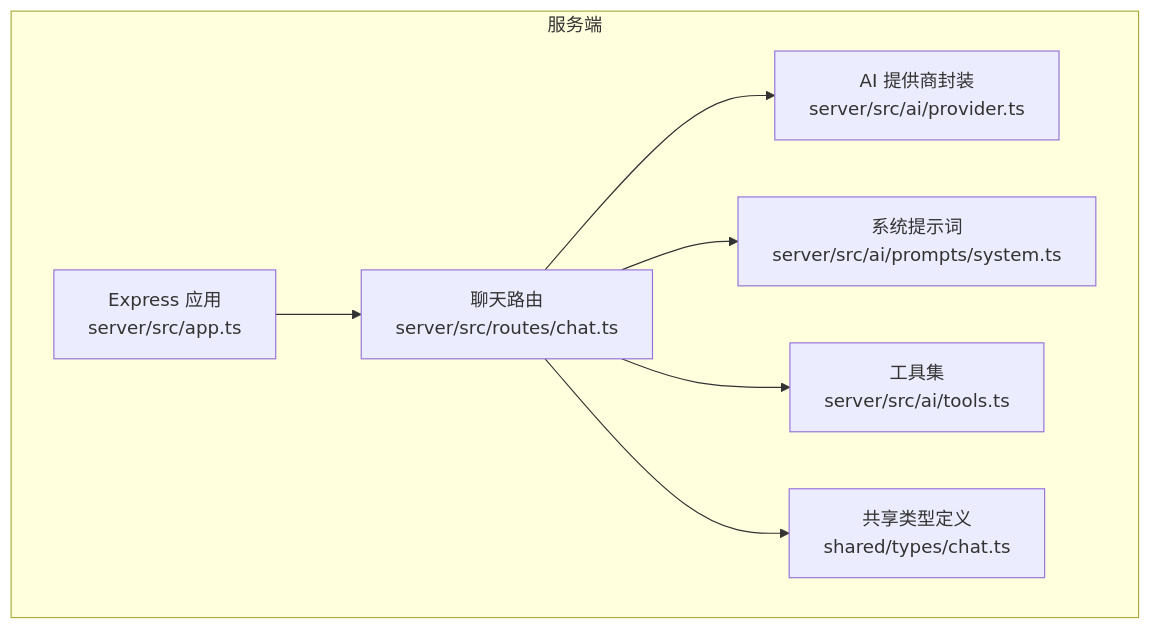
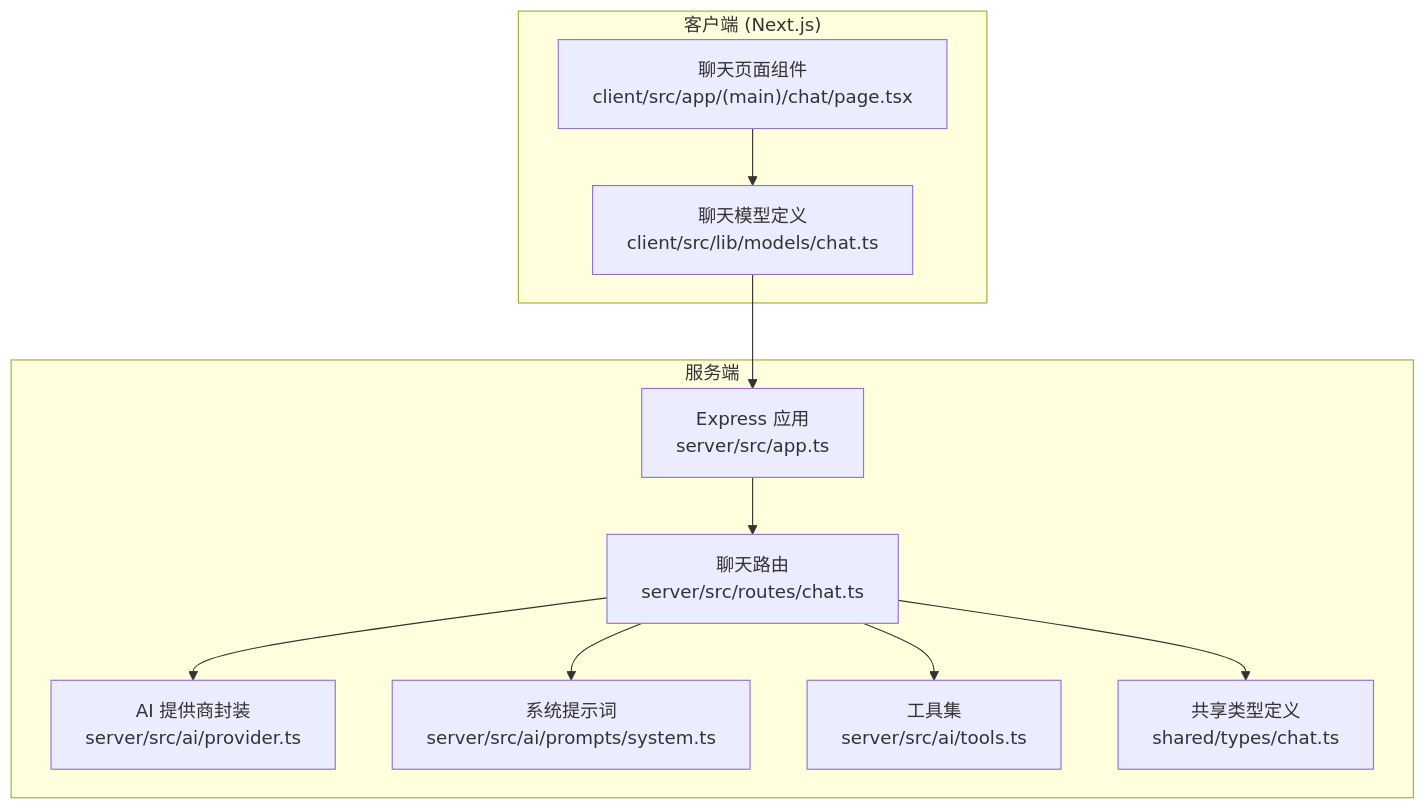
Before and after one commit to aHin0805/FH6CarSettingAgent: the first of 5 diagrams in .qoder/repowiki/zh/content/API参考文档/聊天接口.md, drawn with Mermaid. The commit also changed other lines of this file and 12 other files, not shown here.

````diff
--- a/.qoder/repowiki/zh/content/API参考文档/聊天接口.md
+++ b/.qoder/repowiki/zh/content/API参考文档/聊天接口.md
@@ -33,16 +44,22 @@
 ```mermaid
 graph TB
+subgraph "客户端 (Next.js)"
+A["聊天页面组件<br/>client/src/app/(main)/chat/page.tsx"]
+B["聊天模型定义<br/>client/src/lib/models/chat.ts"]
+end
 subgraph "服务端"
-A["Express 应用<br/>server/src/app.ts"]
-B["聊天路由<br/>server/src/routes/chat.ts"]
-C["AI 提供商封装<br/>server/src/ai/provider.ts"]
-D["系统提示词<br/>server/src/ai/prompts/system.ts"]
-E["工具集<br/>server/src/ai/tools.ts"]
-F["共享类型定义<br/>shared/types/chat.ts"]
+C["Express 应用<br/>server/src/app.ts"]
+D["聊天路由<br/>server/src/routes/chat.ts"]
+E["AI 提供商封装<br/>server/src/ai/provider.ts"]
+F["系统提示词<br/>server/src/ai/prompts/system.ts"]
+G["工具集<br/>server/src/ai/tools.ts"]
+H["共享类型定义<br/>shared/types/chat.ts"]
 end
 A --> B
 B --> C
-B --> D
-B --> E
-B --> F
+C --> D
+D --> E
+D --> F
+D --> G
+D --> H
 ```
````
